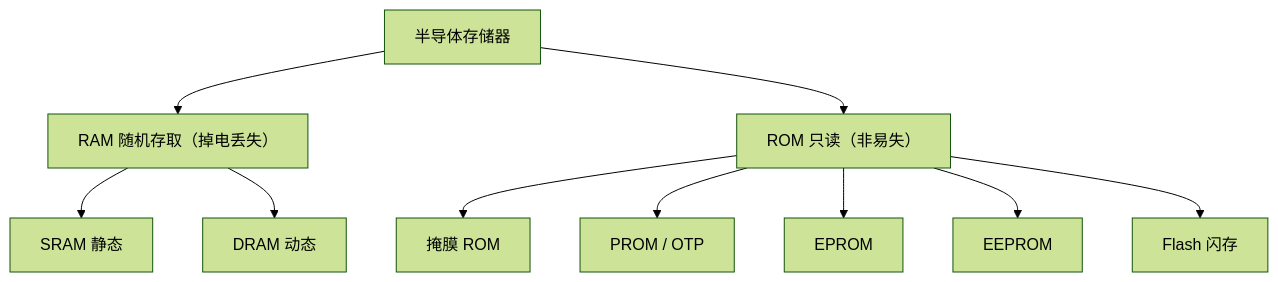
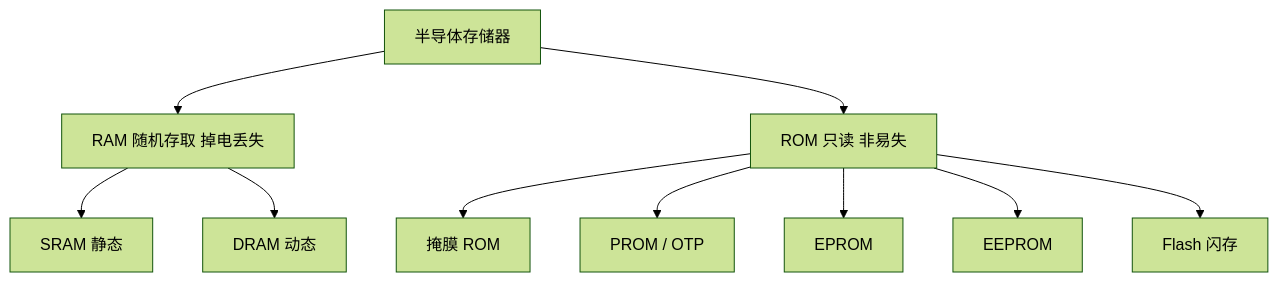
The second of 2 diagrams in 计算机系统/微机原理与接口技术B/05 半导体存储器/05-01 半导体存储器原理与指标.md (danlingdan/ComputerKnowledgeBase), drawn with Mermaid (forest theme) before and after one commit. The commit also changed other lines of this file and 68 other files, not shown here.

````diff
--- a/计算机系统/微机原理与接口技术B/05 半导体存储器/05-01 半导体存储器原理与指标.md
+++ b/计算机系统/微机原理与接口技术B/05 半导体存储器/05-01 半导体存储器原理与指标.md
@@ -46,12 +70,12 @@
 ```mermaid
 flowchart TD
-    MEM["半导体存储器"] --> RAM["RAM 随机存取（掉电丢失）"]
-    MEM --> ROM["ROM 只读（非易失）"]
+    MEM["半导体存储器"] --> RAM["RAM 随机存取 掉电丢失"]
+    MEM --> ROM["ROM 只读 非易失"]
     RAM --> SRAM["SRAM 静态"]
     RAM --> DRAM["DRAM 动态"]
     ROM --> MROM["掩膜 ROM"]
     ROM --> PROM["PROM / OTP"]
     ROM --> EPROM["EPROM"]
     ROM --> EEPROM["EEPROM"]
     ROM --> FLASH["Flash 闪存"]
 ```
````
